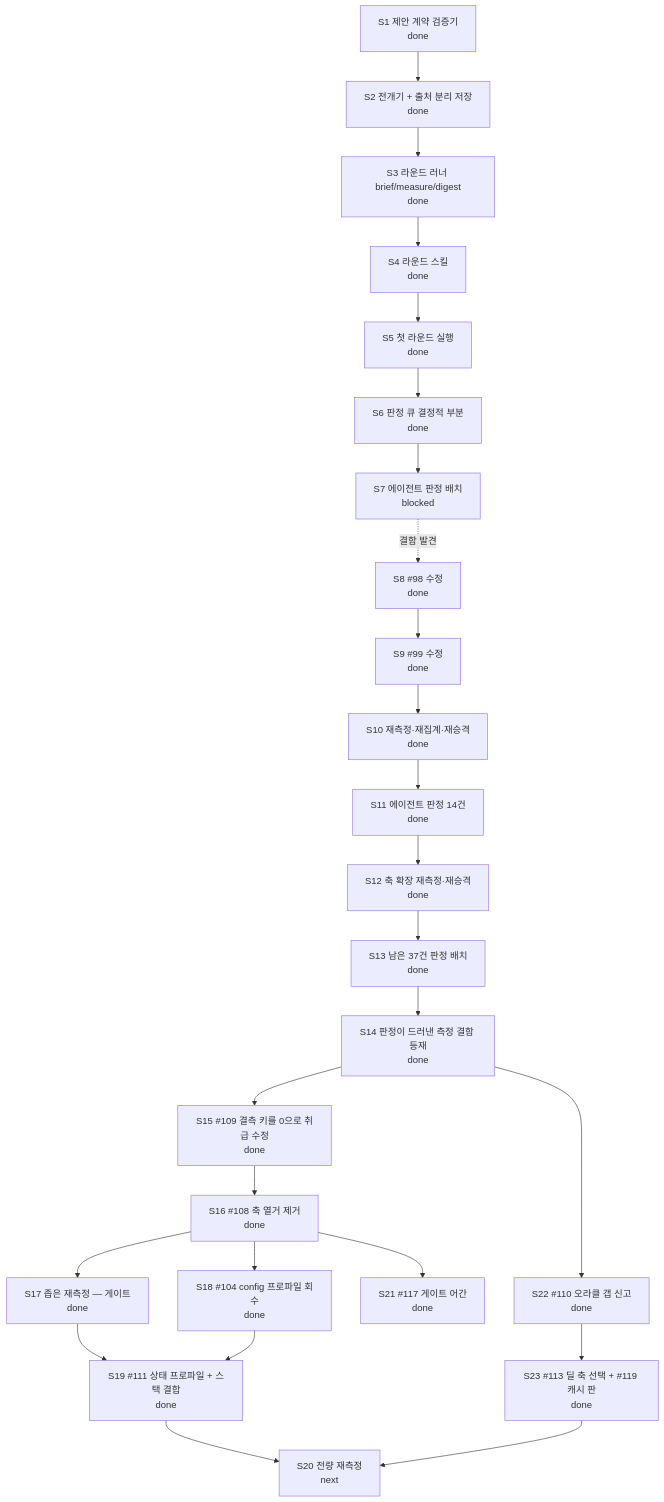
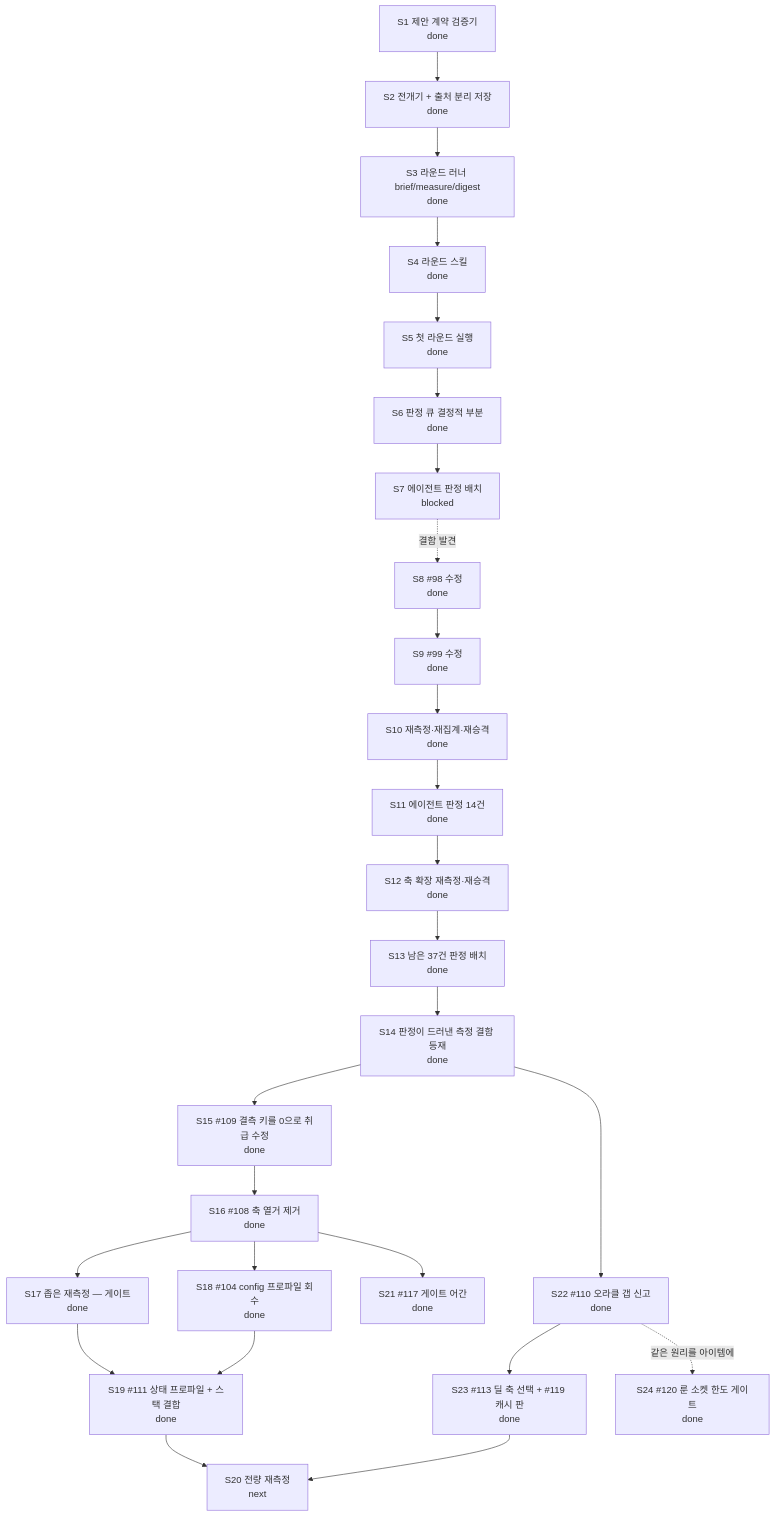
Before and after one commit to skerfolg/poe2-ai-wiki: the diagram in docs/CURRENT-PLAN.md, drawn with Mermaid. The commit also changed other lines of this file and 14 other files, not shown here.

````diff
--- a/docs/CURRENT-PLAN.md
+++ b/docs/CURRENT-PLAN.md
@@ -23,33 +23,35 @@
 ```mermaid
 flowchart TD
   CONTRACT[S1 제안 계약 검증기<br/>done]
   FLOW[S2 전개기 + 출처 분리 저장<br/>done]
   ROUND[S3 라운드 러너 brief/measure/digest<br/>done]
   SKILL[S4 라운드 스킬<br/>done]
   FIRST[S5 첫 라운드 실행<br/>done]
   NECESS[S6 판정 큐 결정적 부분<br/>done]
   JUDGE[S7 에이전트 판정 배치<br/>blocked]
   FIX[S8 #98 수정<br/>done]
   REMEAS[S9 #99 수정<br/>done]
   REAGG[S10 재측정·재집계·재승격<br/>done]
   RESUME[S11 에이전트 판정 14건<br/>done]
   AXES[S12 축 확장 재측정·재승격<br/>done]
   NEXT2[S13 남은 37건 판정 배치<br/>done]
   DEF[S14 판정이 드러낸 측정 결함 등재<br/>done]
   FIXDELTA[S15 #109 결측 키를 0으로 취급 수정<br/>done]
   WIDEN[S16 #108 축 열거 제거<br/>done]
   NARROW[S17 좁은 재측정 — 게이트<br/>done]
   CFG[S18 #104 config 프로파일 회수<br/>done]
   CPL[S19 #111 상태 프로파일 + 스택 결합<br/>done]
   FULL[S20 전량 재측정<br/>next]
   STEM[S21 #117 게이트 어간<br/>done]
   ORACLE[S22 #110 오라클 갭 신고<br/>done]
   AXIS[S23 #113 딜 축 선택 + #119 캐시 판<br/>done]
+  SOCKET[S24 #120 룬 소켓 한도 게이트<br/>done]
   CONTRACT --> FLOW --> ROUND --> SKILL --> FIRST --> NECESS --> JUDGE
   JUDGE -. 결함 발견 .-> FIX --> REMEAS --> REAGG --> RESUME --> AXES --> NEXT2
   NEXT2 --> DEF --> FIXDELTA --> WIDEN --> NARROW --> CPL --> FULL
   WIDEN --> CFG --> CPL
   WIDEN --> STEM
   DEF --> ORACLE
   ORACLE --> AXIS --> FULL
+  ORACLE -. 같은 원리를 아이템에 .-> SOCKET
 ```
````
